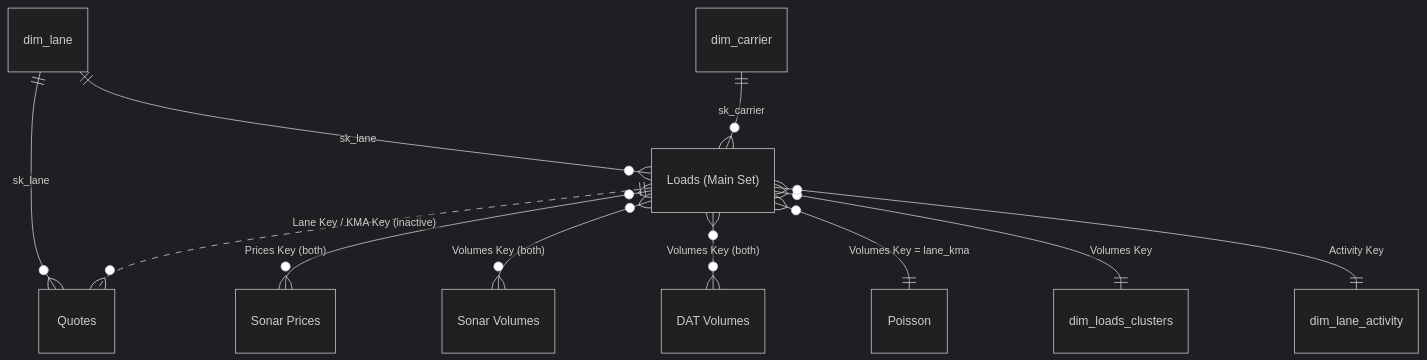
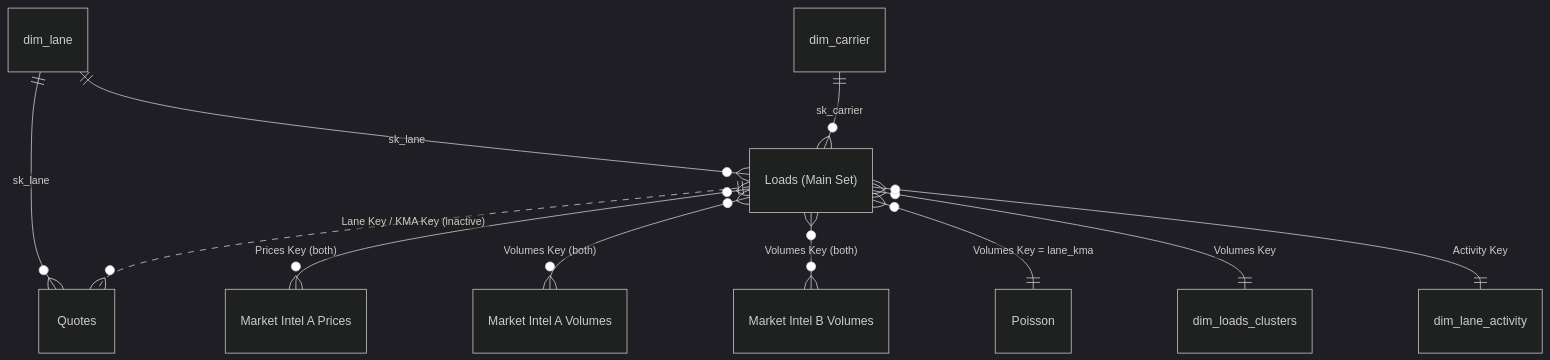
The diagram in docs/data-model.md (kauemelo01/elasticity-wsb), drawn with Mermaid (dark theme) before and after one commit. The commit also changed other lines of this file and 9 other files, not shown here.

First line of the commit message:
Anonymize market data providers as Market Intel A and B

````diff
--- a/docs/data-model.md
+++ b/docs/data-model.md
@@ -5,13 +5,13 @@
 ```mermaid
 erDiagram
     dim_lane          ||--o{ "Loads (Main Set)" : sk_lane
     dim_carrier       ||--o{ "Loads (Main Set)" : sk_carrier
     dim_lane          ||--o{ Quotes             : sk_lane
     "Loads (Main Set)" ||..o{ Quotes            : "Lane Key / KMA Key (inactive)"
-    "Loads (Main Set)" }o--o{ "Sonar Prices"    : "Prices Key (both)"
-    "Loads (Main Set)" }o--o{ "Sonar Volumes"   : "Volumes Key (both)"
-    "Loads (Main Set)" }o--o{ "DAT Volumes"     : "Volumes Key (both)"
+    "Loads (Main Set)" }o--o{ "Market Intel A Prices"    : "Prices Key (both)"
+    "Loads (Main Set)" }o--o{ "Market Intel A Volumes"   : "Volumes Key (both)"
+    "Loads (Main Set)" }o--o{ "Market Intel B Volumes"     : "Volumes Key (both)"
     "Loads (Main Set)" }o--|| Poisson           : "Volumes Key = lane_kma"
     "Loads (Main Set)" }o--|| dim_loads_clusters : "Volumes Key"
     "Loads (Main Set)" }o--|| dim_lane_activity : "Activity Key"
 ```
````
